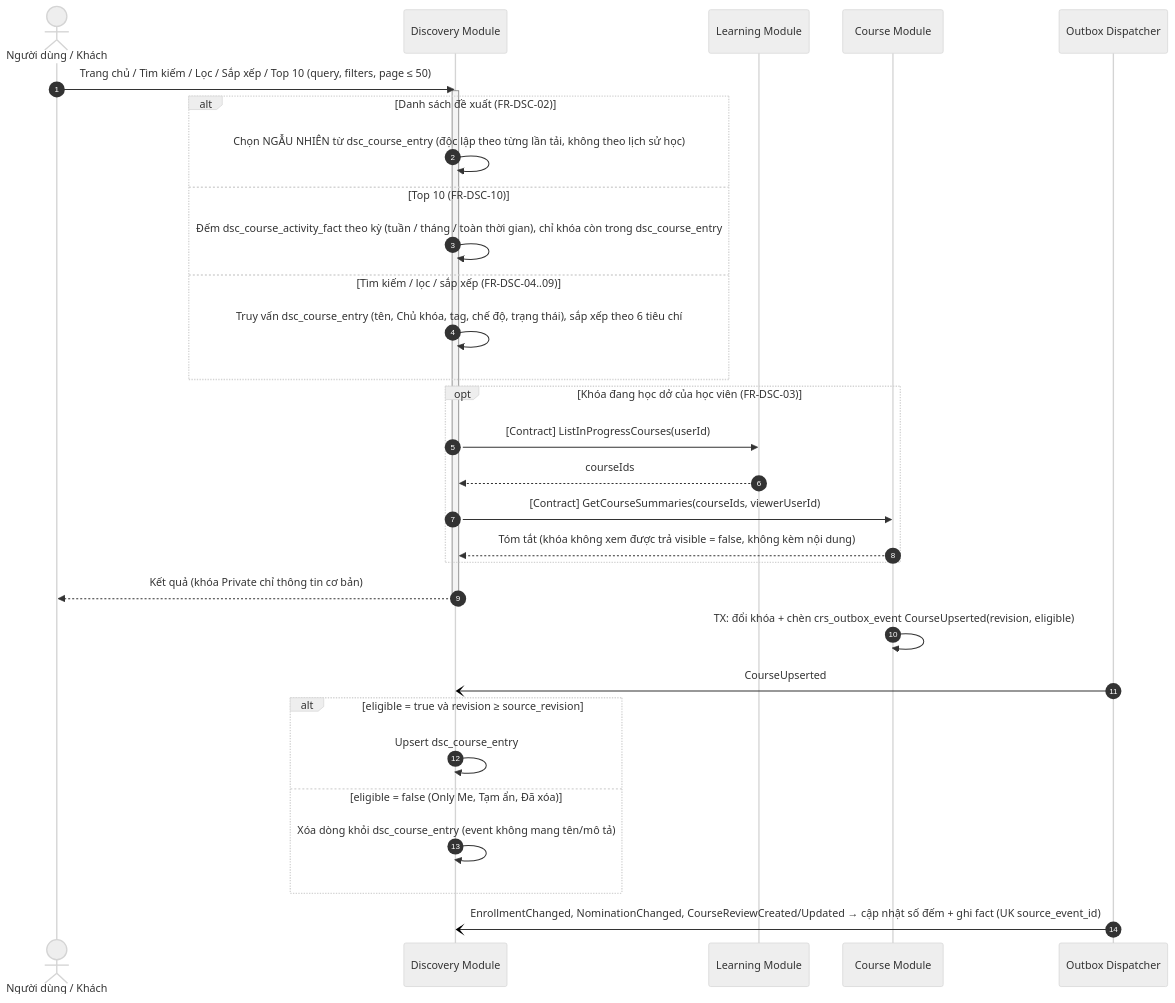
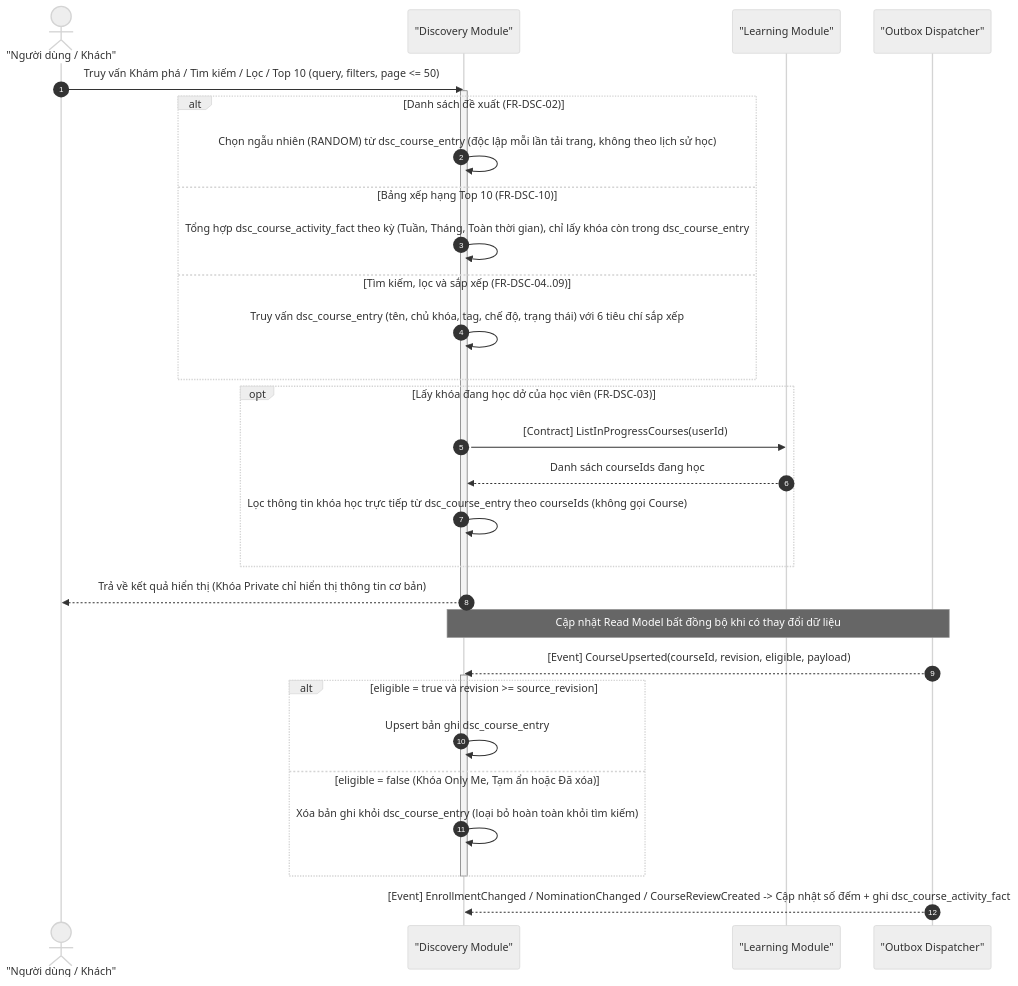
Before and after one commit to buithienbao2402/BrainMemo-ModularMonolith: the seventh of 11 diagrams in docs/SEQUENCE_DIAGRAMS.md, drawn with Mermaid (neutral theme). The commit also changed other lines of this file, not shown here.

````diff
--- a/docs/SEQUENCE_DIAGRAMS.md
+++ b/docs/SEQUENCE_DIAGRAMS.md
@@ -294,38 +328,39 @@
 ```mermaid
 sequenceDiagram
     autonumber
-    actor Client as Người dùng / Khách
-    participant Discovery as Discovery Module
-    participant Learning as Learning Module
-    participant Course as Course Module
-    participant Outbox as Outbox Dispatcher
+    actor Client as "Người dùng / Khách"
+    participant Discovery as "Discovery Module"
+    participant Learning as "Learning Module"
+    participant Outbox as "Outbox Dispatcher"
 
-    %% Nhánh 1: đọc
-    Client->>Discovery: Trang chủ / Tìm kiếm / Lọc / Sắp xếp / Top 10 (query, filters, page ≤ 50)
+    %% Nhánh 1: Luồng đọc dữ liệu từ Read Model (KHÔNG gọi Course Module)
+    Client->>Discovery: Truy vấn Khám phá / Tìm kiếm / Lọc / Top 10 (query, filters, page <= 50)
     activate Discovery
     alt Danh sách đề xuất (FR-DSC-02)
-        Discovery->>Discovery: Chọn NGẪU NHIÊN từ dsc_course_entry (độc lập theo từng lần tải, không theo lịch sử học)
-    else Top 10 (FR-DSC-10)
-        Discovery->>Discovery: Đếm dsc_course_activity_fact theo kỳ (tuần / tháng / toàn thời gian), chỉ khóa còn trong dsc_course_entry
-    else Tìm kiếm / lọc / sắp xếp (FR-DSC-04..09)
-        Discovery->>Discovery: Truy vấn dsc_course_entry (tên, Chủ khóa, tag, chế độ, trạng thái), sắp xếp theo 6 tiêu chí
+        Discovery->>Discovery: Chọn ngẫu nhiên (RANDOM) từ dsc_course_entry (độc lập mỗi lần tải trang, không theo lịch sử học)
+    else Bảng xếp hạng Top 10 (FR-DSC-10)
+        Discovery->>Discovery: Tổng hợp dsc_course_activity_fact theo kỳ (Tuần, Tháng, Toàn thời gian), chỉ lấy khóa còn trong dsc_course_entry
+    else Tìm kiếm, lọc và sắp xếp (FR-DSC-04..09)
+        Discovery->>Discovery: Truy vấn dsc_course_entry (tên, chủ khóa, tag, chế độ, trạng thái) với 6 tiêu chí sắp xếp
     end
-    opt Khóa đang học dở của học viên (FR-DSC-03)
+    opt Lấy khóa đang học dở của học viên (FR-DSC-03)
         Discovery->>Learning: [Contract] ListInProgressCourses(userId)
-        Learning-->>Discovery: courseIds
-        Discovery->>Course: [Contract] GetCourseSummaries(courseIds, viewerUserId)
-        Course-->>Discovery: Tóm tắt (khóa không xem được trả visible = false, không kèm nội dung)
+        Learning-->>Discovery: Danh sách courseIds đang học
+        Discovery->>Discovery: Lọc thông tin khóa học trực tiếp từ dsc_course_entry theo courseIds (không gọi Course)
     end
-    Discovery-->>Client: Kết quả (khóa Private chỉ thông tin cơ bản)
+    Discovery-->>Client: Trả về kết quả hiển thị (Khóa Private chỉ hiển thị thông tin cơ bản)
     deactivate Discovery
 
-    %% Nhánh 2: cập nhật read model
-    Course->>Course: TX: đổi khóa + chèn crs_outbox_event CourseUpserted(revision, eligible)
-    Outbox-)Discovery: CourseUpserted
-    alt eligible = true và revision ≥ source_revision
-        Discovery->>Discovery: Upsert dsc_course_entry
-    else eligible = false (Only Me, Tạm ẩn, Đã xóa)
-        Discovery->>Discovery: Xóa dòng khỏi dsc_course_entry (event không mang tên/mô tả)
+    %% Nhánh 2: Luồng đồng bộ Read Model từ Outbox Events
+    Note over Outbox,Discovery: Cập nhật Read Model bất đồng bộ khi có thay đổi dữ liệu
+    Outbox-->>Discovery: [Event] CourseUpserted(courseId, revision, eligible, payload)
+    activate Discovery
+    alt eligible = true và revision  >=  source_revision
+        Discovery->>Discovery: Upsert bản ghi dsc_course_entry
+    else eligible = false (Khóa Only Me, Tạm ẩn hoặc Đã xóa)
+        Discovery->>Discovery: Xóa bản ghi khỏi dsc_course_entry (loại bỏ hoàn toàn khỏi tìm kiếm)
     end
-    Outbox-)Discovery: EnrollmentChanged, NominationChanged, CourseReviewCreated/Updated → cập nhật số đếm + ghi fact (UK source_event_id)
+    deactivate Discovery
+    
+    Outbox-->>Discovery: [Event] EnrollmentChanged / NominationChanged / CourseReviewCreated -> Cập nhật số đếm + ghi dsc_course_activity_fact
 ```
````
